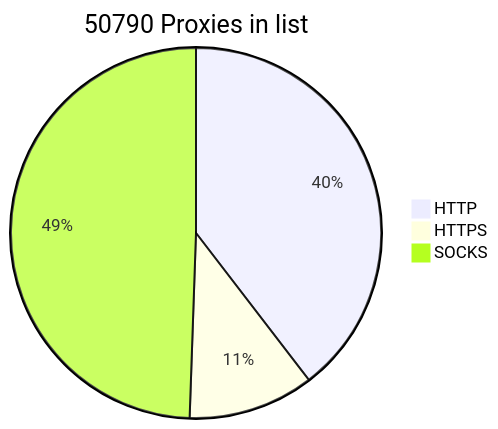
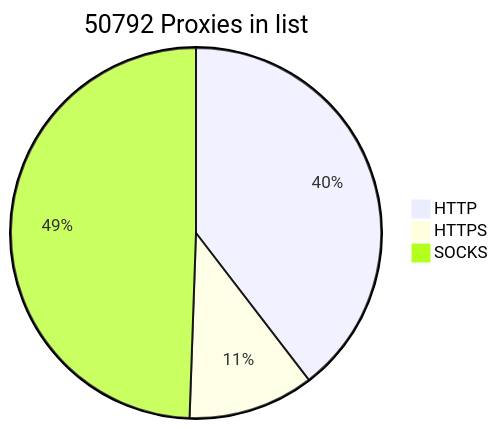
The diagram in README.md (BlackSnowDot/proxylist-update-every-minute), drawn with Mermaid before and after one commit.

````diff
--- a/README.md
+++ b/README.md
@@ -2,6 +2,6 @@
 ```mermaid
-pie title 50790 Proxies in list
-    "HTTP" : 22257
-    "HTTPS": 6172
+pie title 50792 Proxies in list
+    "HTTP" : 22260
+    "HTTPS": 6175
     "SOCKS" : 27812
 ```
````
